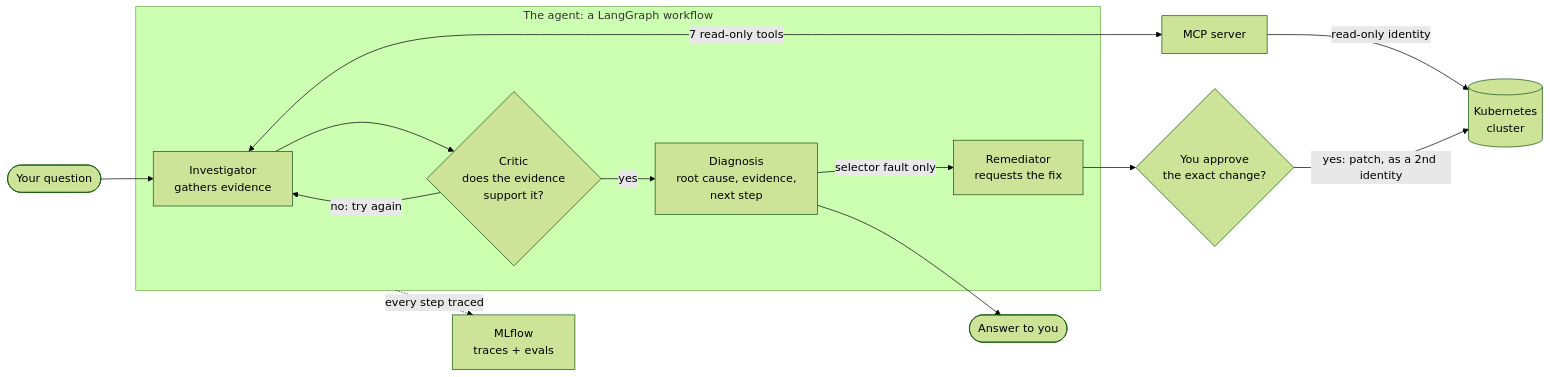
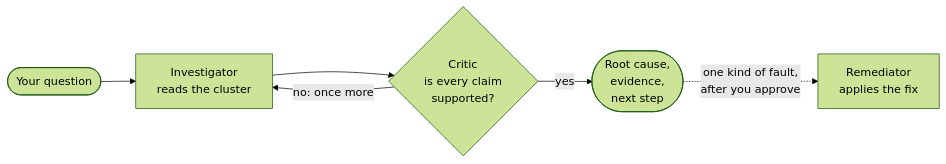
One commit to tomershukhman/k8s-troubleshooting-agent changed the diagram in README.md. Above: the diagram before and after it, drawn with Mermaid (forest theme). The commit also changed other lines of this file, not shown here.

Commit message:
README: a readable diagram, and commands that fit without scrolling [skip ci]

````diff
--- a/README.md
+++ b/README.md
@@ -9,16 +9,8 @@
 ```mermaid
 flowchart LR
-    q(["Your question"]) --> inv
-    subgraph agent["The agent: a LangGraph workflow"]
-        inv["Investigator<br/>gathers evidence"] --> critic{"Critic<br/>does the evidence<br/>support it?"}
-        critic -- "no: try again" --> inv
-        critic -- "yes" --> diag["Diagnosis<br/>root cause, evidence,<br/>next step"]
-        diag -- "selector fault only" --> rem["Remediator<br/>requests the fix"]
-    end
-    inv <-- "7 read-only tools" --> mcp["MCP server"]
-    mcp -- "read-only identity" --> k8s[("Kubernetes<br/>cluster")]
-    rem --> ok{"You approve<br/>the exact change?"}
-    ok -- "yes: patch, as a 2nd identity" --> k8s
-    diag --> out(["Answer to you"])
-    agent -. "every step traced" .-> ml["MLflow<br/>traces + evals"]
+    q(["Your question"]) --> inv["Investigator<br/>reads the cluster"]
+    inv --> critic{"Critic<br/>is every claim<br/>supported?"}
+    critic -- "no: once more" --> inv
+    critic -- "yes" --> ans(["Root cause,<br/>evidence,<br/>next step"])
+    ans -. "one kind of fault,<br/>after you approve" .-> rem["Remediator<br/>applies the fix"]
 ```
````
